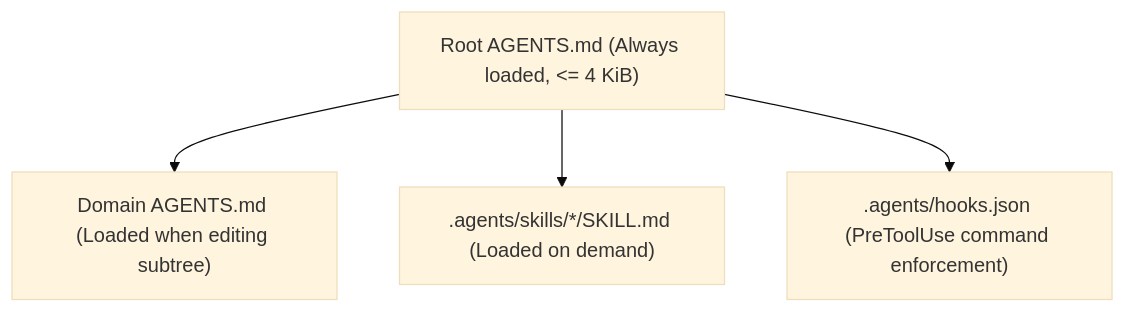
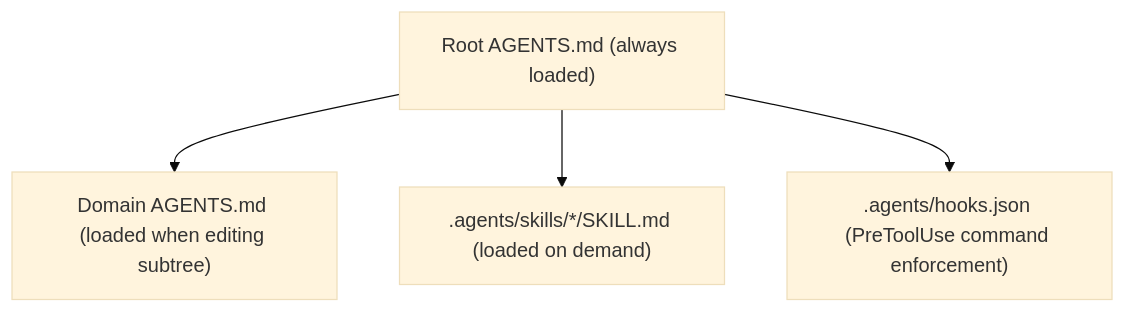
The diagram in docs/agents.md (gosuda/1), drawn with Mermaid (base theme) before and after one commit. The commit also changed other lines of this file and 24 other files, not shown here.

````diff
--- a/docs/agents.md
+++ b/docs/agents.md
@@ -9,6 +9,6 @@
 ```mermaid
 flowchart TD
-  R["Root AGENTS.md (Always loaded, <= 4 KiB)"] --> P["Domain AGENTS.md (Loaded when editing subtree)"]
-  R --> S[".agents/skills/*/SKILL.md (Loaded on demand)"]
+  R["Root AGENTS.md (always loaded)"] --> P["Domain AGENTS.md (loaded when editing subtree)"]
+  R --> S[".agents/skills/*/SKILL.md (loaded on demand)"]
   R --> HK[".agents/hooks.json (PreToolUse command enforcement)"]
 ```
````
